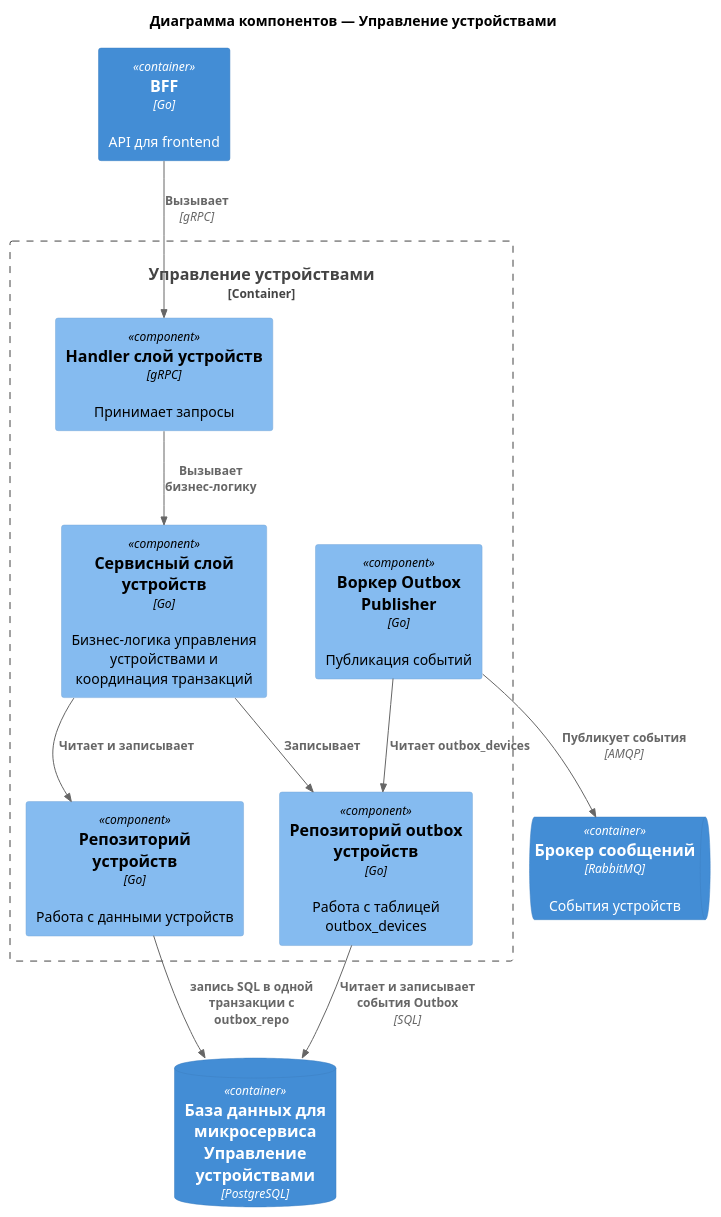
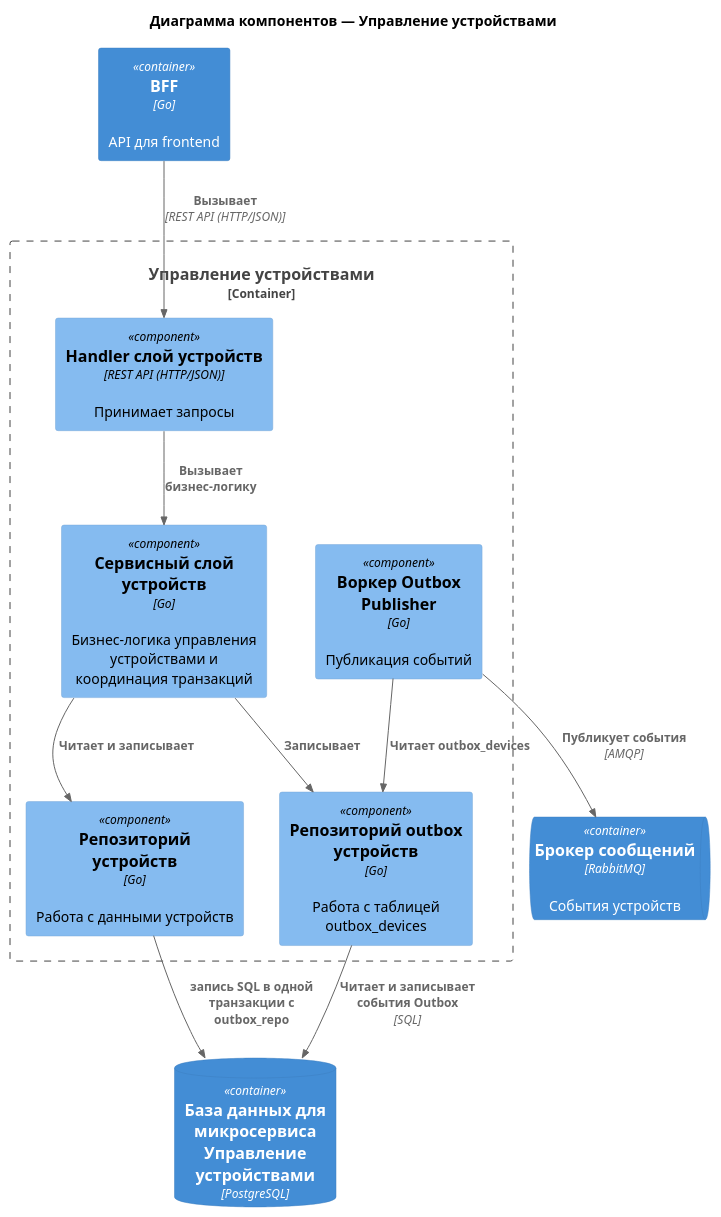
One commit to NikolosHGW/architecture-pro-warmhouse changed the diagram in schemas/2/component/components-devices.puml. Above: the diagram before and after it, drawn with PlantUML. The commit also changed 4 other files, not shown here.

```diff
--- a/schemas/2/component/components-devices.puml
+++ b/schemas/2/component/components-devices.puml
@@ -1,32 +1,32 @@
 @startuml
 !include <C4/C4_Component>
 
 title Диаграмма компонентов — Управление устройствами
 
 Container(bff, "BFF", "Go", "API для frontend")
 ContainerDb(db, "База данных для микросервиса Управление устройствами", "PostgreSQL")
 ContainerQueue(rabbit, "Брокер сообщений", "RabbitMQ", "События устройств")
 
 Container_Boundary(devices, "Управление устройствами") {
 
-    Component(device_handler, "Handler слой устройств", "gRPC", "Принимает запросы")
+    Component(device_handler, "Handler слой устройств", "REST API (HTTP/JSON)", "Принимает запросы")
 
     Component(device_service, "Сервисный слой устройств", "Go", "Бизнес-логика управления устройствами и координация транзакций")
 
     Component(device_repo, "Репозиторий устройств", "Go", "Работа с данными устройств")
 
     Component(outbox_repo, "Репозиторий outbox устройств", "Go", "Работа с таблицей outbox_devices")
 
     Component(publisher, "Воркер Outbox Publisher", "Go", "Публикация событий")
 }
 
-Rel(bff, device_handler, "Вызывает", "gRPC")
+Rel(bff, device_handler, "Вызывает", "REST API (HTTP/JSON)")
 Rel(device_handler, device_service, "Вызывает бизнес-логику")
 Rel(device_service, device_repo, "Читает и записывает")
 Rel(device_service, outbox_repo, "Записывает")
 Rel(device_repo, db, "запись SQL в одной транзакции с outbox_repo")
 Rel(outbox_repo, db, "Читает и записывает события Outbox", "SQL")
 Rel(publisher, outbox_repo, "Читает outbox_devices")
 Rel(publisher, rabbit, "Публикует события", "AMQP")
 
 @enduml
```
